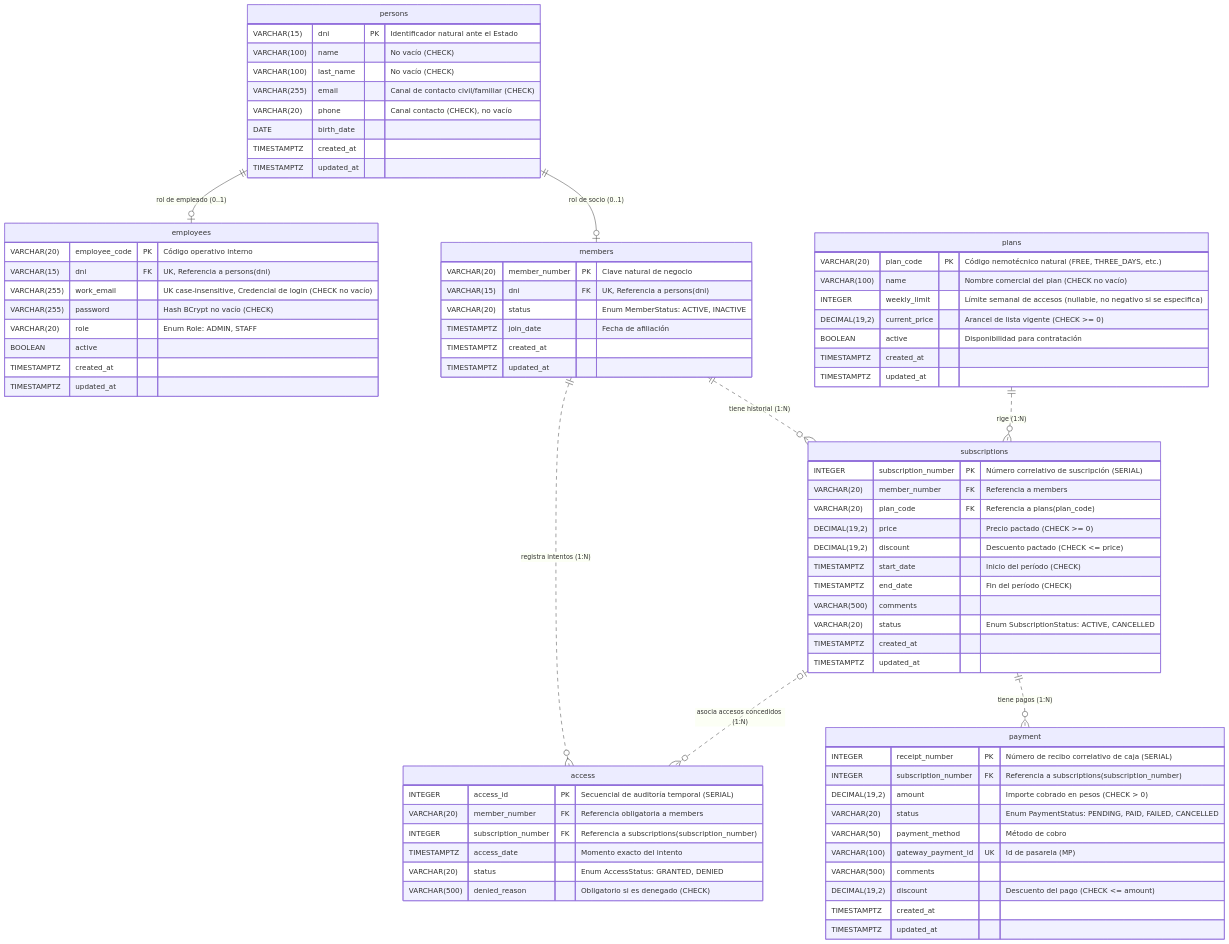
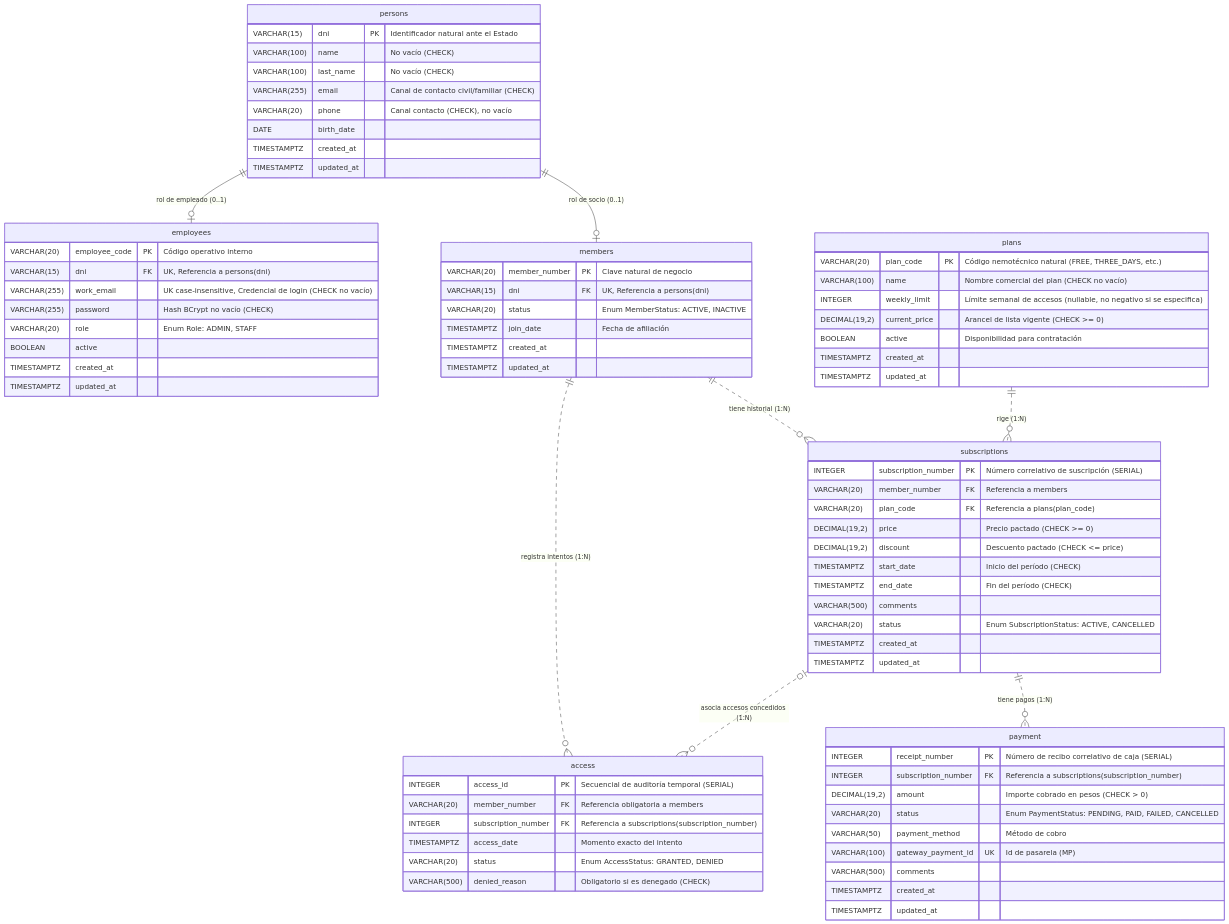
One commit to santiagovOK/TFI_grupo144 changed the second of 2 diagrams in docs/entidades.md. Above: the diagram before and after it, drawn with Mermaid. The commit also changed other lines of this file and 2 other files, not shown here.

Commit message:
refactor(schema): dejar un solo descuento, el de la suscripción

````diff
--- a/docs/entidades.md
+++ b/docs/entidades.md
@@ -94,80 +94,79 @@
 ```mermaid
 erDiagram
     persons {
         VARCHAR(15) dni PK "Identificador natural ante el Estado"
         VARCHAR(100) name "No vacío (CHECK)"
         VARCHAR(100) last_name "No vacío (CHECK)"
         VARCHAR(255) email "Canal de contacto civil/familiar (CHECK)"
         VARCHAR(20) phone "Canal contacto (CHECK), no vacío"
         DATE birth_date
         TIMESTAMPTZ created_at
         TIMESTAMPTZ updated_at
     }
     members {
         VARCHAR(20) member_number PK "Clave natural de negocio"
         VARCHAR(15) dni FK "UK, Referencia a persons(dni)"
         VARCHAR(20) status "Enum MemberStatus: ACTIVE, INACTIVE"
         TIMESTAMPTZ join_date "Fecha de afiliación"
         TIMESTAMPTZ created_at
         TIMESTAMPTZ updated_at
     }
     employees {
         VARCHAR(20) employee_code PK "Código operativo interno"
         VARCHAR(15) dni FK "UK, Referencia a persons(dni)"
         VARCHAR(255) work_email "UK case-insensitive, Credencial de login (CHECK no vacío)"
         VARCHAR(255) password "Hash BCrypt no vacío (CHECK)"
         VARCHAR(20) role "Enum Role: ADMIN, STAFF"
         BOOLEAN active
         TIMESTAMPTZ created_at
         TIMESTAMPTZ updated_at
     }
     plans {
         VARCHAR(20) plan_code PK "Código nemotécnico natural (FREE, THREE_DAYS, etc.)"
         VARCHAR(100) name "Nombre comercial del plan (CHECK no vacío)"
         INTEGER weekly_limit "Límite semanal de accesos (nullable, no negativo si se especifica)"
         DECIMAL(19,2) current_price "Arancel de lista vigente (CHECK >= 0)"
         BOOLEAN active "Disponibilidad para contratación"
         TIMESTAMPTZ created_at
         TIMESTAMPTZ updated_at
     }
     subscriptions {
         INTEGER subscription_number PK "Número correlativo de suscripción (SERIAL)"
         VARCHAR(20) member_number FK "Referencia a members"
         VARCHAR(20) plan_code FK "Referencia a plans(plan_code)"
         DECIMAL(19,2) price "Precio pactado (CHECK >= 0)"
         DECIMAL(19,2) discount "Descuento pactado (CHECK <= price)"
         TIMESTAMPTZ start_date "Inicio del período (CHECK)"
         TIMESTAMPTZ end_date "Fin del período (CHECK)"
         VARCHAR(500) comments
         VARCHAR(20) status "Enum SubscriptionStatus: ACTIVE, CANCELLED"
         TIMESTAMPTZ created_at
         TIMESTAMPTZ updated_at
     }
     payment {
         INTEGER receipt_number PK "Número de recibo correlativo de caja (SERIAL)"
         INTEGER subscription_number FK "Referencia a subscriptions(subscription_number)"
         DECIMAL(19,2) amount "Importe cobrado en pesos (CHECK > 0)"
         VARCHAR(20) status "Enum PaymentStatus: PENDING, PAID, FAILED, CANCELLED"
         VARCHAR(50) payment_method "Método de cobro"
         VARCHAR(100) gateway_payment_id UK "Id de pasarela (MP)"
         VARCHAR(500) comments
-        DECIMAL(19,2) discount "Descuento del pago (CHECK <= amount)"
         TIMESTAMPTZ created_at
         TIMESTAMPTZ updated_at
     }
     access {
         INTEGER access_id PK "Secuencial de auditoría temporal (SERIAL)"
         VARCHAR(20) member_number FK "Referencia obligatoria a members"
         INTEGER subscription_number FK "Referencia a subscriptions(subscription_number)"
         TIMESTAMPTZ access_date "Momento exacto del intento"
         VARCHAR(20) status "Enum AccessStatus: GRANTED, DENIED"
         VARCHAR(500) denied_reason "Obligatorio si es denegado (CHECK)"
     }
     persons ||--|o members : "rol de socio (0..1)"
     persons ||--|o employees : "rol de empleado (0..1)"
     plans ||..o{ subscriptions : "rige (1:N)"
     members ||..o{ subscriptions : "tiene historial (1:N)"
     members ||..o{ access : "registra intentos (1:N)"
     subscriptions ||..o{ payment : "tiene pagos (1:N)"
     subscriptions |o..o{ access : "asocia accesos concedidos (1:N)"
 ```
````
